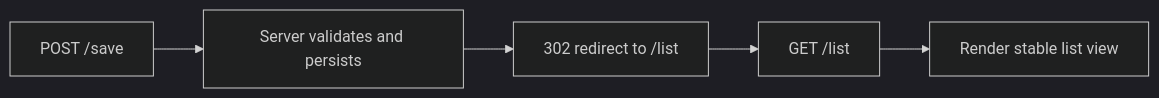
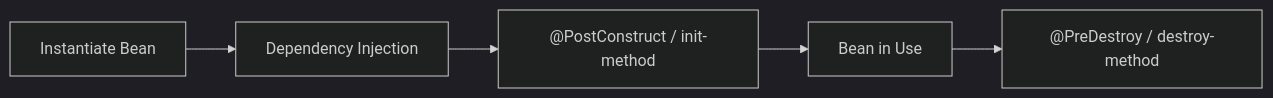
One commit to prashantnag/webtech2025.classes.prashantnag.com changed the diagram in lectures/lecture-26.qmd. Above: the diagram before and after it, drawn with Mermaid (dark theme). The commit also changed other lines of this file and 335 other files, not shown here.

````diff
--- a/lectures/lecture-26.qmd
+++ b/lectures/lecture-26.qmd
@@ -317,8 +236,7 @@
 ```{mermaid}
-%%| fig-height: 3.9
 flowchart LR
-  A[POST /save] --> B[Server validates and persists]
-  B --> C[302 redirect to /list]
-  C --> D[GET /list]
-  D --> E[Render stable list view]
+	A["Instantiate Bean"] --> B["Dependency Injection"]
+	B --> C["@PostConstruct / init-method"]
+	C --> D["Bean in Use"]
+	D --> E["@PreDestroy / destroy-method"]
 ```
````
